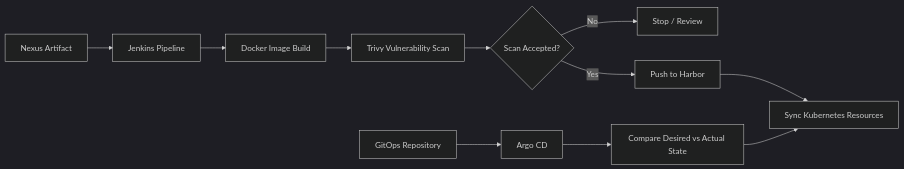
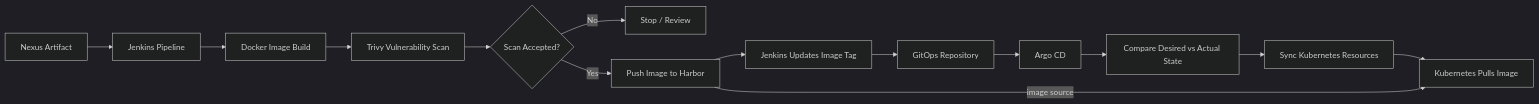
The diagram in diagrams/cicd-gitops-flow.md (Mechida-Aymen/kubernetes-gitops-case-study), drawn with Mermaid (dark theme) before and after one commit. The commit also changed other lines of this file, not shown here.

Commit message:
Clarify Harbor and GitOps image promotion flow

````diff
--- a/diagrams/cicd-gitops-flow.md
+++ b/diagrams/cicd-gitops-flow.md
@@ -3,15 +3,17 @@
 ```mermaid
 flowchart LR
     A[Nexus Artifact] --> B[Jenkins Pipeline]
     B --> C[Docker Image Build]
     C --> D[Trivy Vulnerability Scan]
     D --> E{Scan Accepted?}
     E -- No --> F[Stop / Review]
-    E -- Yes --> G[Push to Harbor]
+    E -- Yes --> G[Push Image to Harbor]
 
-    H[GitOps Repository] --> I[Argo CD]
-    I --> J[Compare Desired vs Actual State]
-    J --> K[Sync Kubernetes Resources]
-
-    G --> K
+    G --> H[Jenkins Updates Image Tag]
+    H --> I[GitOps Repository]
+    I --> J[Argo CD]
+    J --> K[Compare Desired vs Actual State]
+    K --> L[Sync Kubernetes Resources]
+    L --> M[Kubernetes Pulls Image]
+    G -->|image source| M
 ```
````
